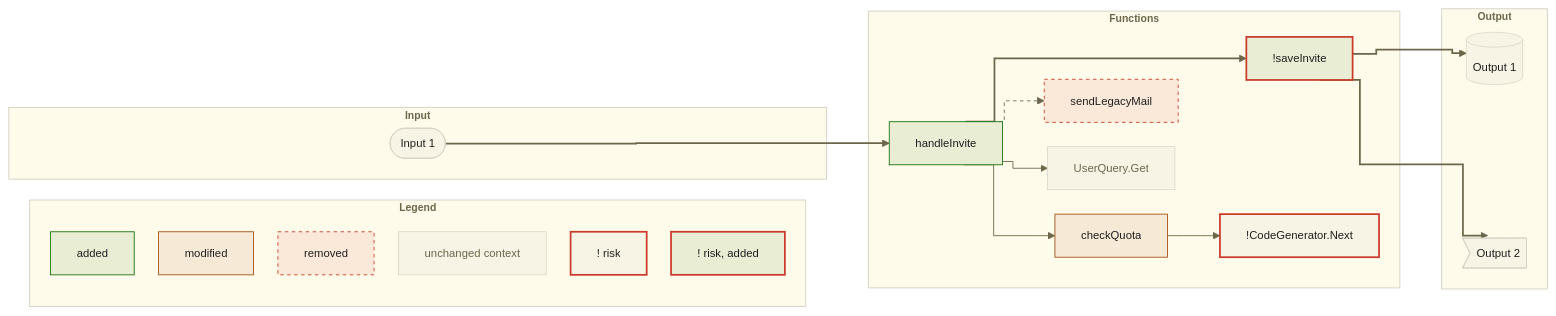
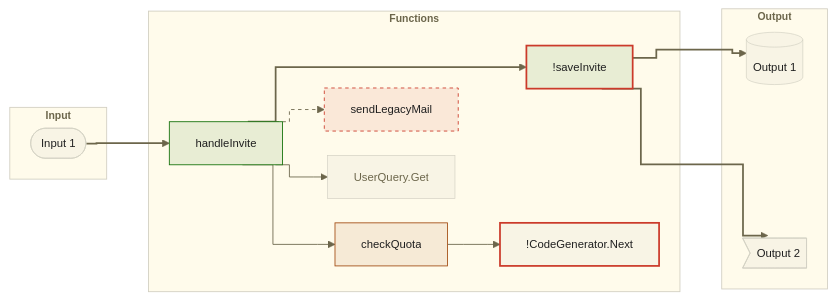
The sixth of 6 diagrams in README.md (gagoar/pr-brief), drawn with Mermaid before and after one commit. The commit also changed other lines of this file and 45 other files, not shown here.

First line of the commit message:
Show the Legend as one line under the chart

````diff
--- a/README.md
+++ b/README.md
@@ -291,50 +260,41 @@
 ```mermaid
 %%{init: {"theme":"base","flowchart":{"curve":"step","nodeSpacing":28,"rankSpacing":48,"diagramPadding":40},"themeVariables":{"darkMode":false,"background":"#fffbeb","fontFamily":"Inter, Helvetica, Arial","fontSize":"13px","dropShadow":"none","primaryColor":"#f8f4e5","primaryTextColor":"#1f1f1f","primaryBorderColor":"#d2cfc2","nodeTextColor":"#1f1f1f","textColor":"#1f1f1f","mainBkg":"#f8f4e5","nodeBorder":"#d2cfc2","lineColor":"#6c664b","clusterBkg":"#fffbeb","clusterBorder":"#d2cfc2","titleColor":"#6c664b","edgeLabelBackground":"#fffbeb"}}}%%
 graph LR
-  subgraph LEG["Legend"]
-    L1["added"]:::added
-    L2["modified"]:::modified
-    L3["removed"]:::removed
-    L4["unchanged context"]:::context
-    L5["! risk"]:::risk
-    L6["! risk, added"]:::riskadded
-  end
   subgraph IN["Input"]
     I1(["Input 1"])
   end
   subgraph FN["Functions"]
     F1["handleInvite"]:::added
     F2["checkQuota"]:::modified
     F3["sendLegacyMail"]:::removed
     F4["UserQuery.Get"]:::context
     F5["!CodeGenerator.Next"]:::risk
     F6["!saveInvite"]:::riskadded
   end
   subgraph OUT["Output"]
     O1[("Output 1")]
     O2>"Output 2"]
   end
   I1 ==> F1
   F1 --> F2
   F1 --> F4
   F2 --> F5
   F1 ==> F6
   F1 -.-> F3
   F6 ==> O1
   F6 ==> O2
   F5 ~~~ O1
   F5 ~~~ O2
   classDef default fill:#f8f4e5,stroke:#d2cfc2,stroke-width:0.75px,color:#1f1f1f,font-weight:500
   classDef added fill:#e8edd4,stroke:#14710a,stroke-width:1px,color:#1f1f1f,font-weight:500
   classDef modified fill:#f6ead6,stroke:#a34d14,stroke-width:1px,color:#1f1f1f,font-weight:500
   classDef removed fill:#fae8d8,stroke:#cb3a2a,stroke-width:1px,stroke-dasharray:4 4,color:#1f1f1f,font-weight:500
   classDef context fill:#f8f4e5,stroke:#d2cfc2,stroke-width:0.75px,color:#6c664b,font-weight:500
   classDef risk fill:#f8f4e5,stroke:#cb3a2a,stroke-width:2px,color:#1f1f1f,font-weight:500
   classDef riskadded fill:#e8edd4,stroke:#cb3a2a,stroke-width:2px,color:#1f1f1f,font-weight:500
   classDef zone fill:#fffbeb,stroke:#d2cfc2,stroke-width:1px,color:#6c664b,font-weight:600,font-size:12px
   class IN,FN,OUT zone
   linkStyle 1,2,3 stroke:#6c664b,stroke-width:1px
   linkStyle 0,4,6,7 stroke:#6c664b,stroke-width:2px
   linkStyle 5 stroke:#6c664b,stroke-width:1px,stroke-dasharray:4 4
-  class LEG zone
 ```
````
